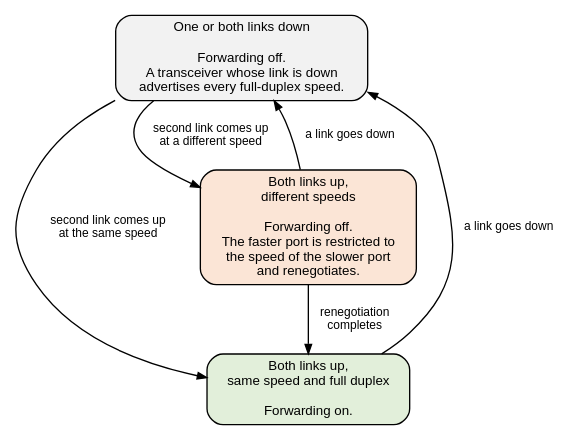
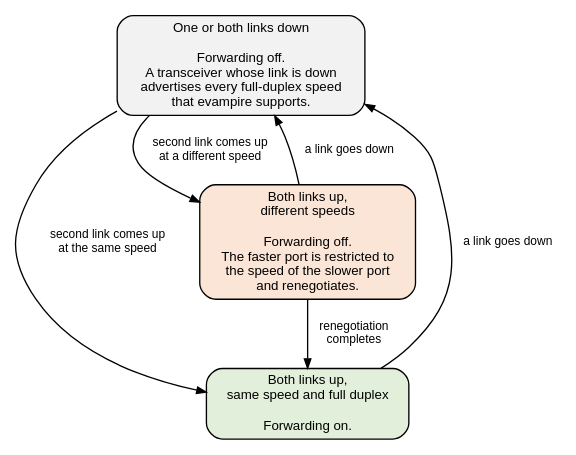
The diagram in docs/ethernet/rgmii/speed-policy.dot (mithro/evampire), drawn with Graphviz before and after one commit. The commit also changed 1 other file, not shown here.

```diff
--- a/docs/ethernet/rgmii/speed-policy.dot
+++ b/docs/ethernet/rgmii/speed-policy.dot
@@ -1,21 +1,21 @@
 // How the processor keeps both ports at the same speed.
 //
 // SPDX-License-Identifier: Apache-2.0
 
 digraph speed_policy {
     graph [rankdir=TB, fontname="Helvetica", fontsize=11, nodesep=0.5,
            ranksep=0.45];
     node  [shape=box, style="rounded,filled", fillcolor="#f2f2f2",
            fontname="Helvetica", fontsize=10];
     edge  [fontname="Helvetica", fontsize=9, arrowsize=0.7];
 
-    down  [label="One or both links down\n\nForwarding off.\nA transceiver whose link is down\nadvertises every full-duplex speed."];
+    down  [label="One or both links down\n\nForwarding off.\nA transceiver whose link is down\nadvertises every full-duplex speed\nthat evampire supports."];
     same  [label="Both links up,\nsame speed and full duplex\n\nForwarding on.", fillcolor="#e2efda"];
     diff  [label="Both links up,\ndifferent speeds\n\nForwarding off.\nThe faster port is restricted to\nthe speed of the slower port\nand renegotiates.", fillcolor="#fbe5d6"];
 
     down -> same [label="  second link comes up\n  at the same speed"];
     down -> diff [label="  second link comes up\n  at a different speed"];
     diff -> same [label="  renegotiation\n  completes"];
     same -> down [label="  a link goes down"];
     diff -> down [label="  a link goes down"];
 }
```
